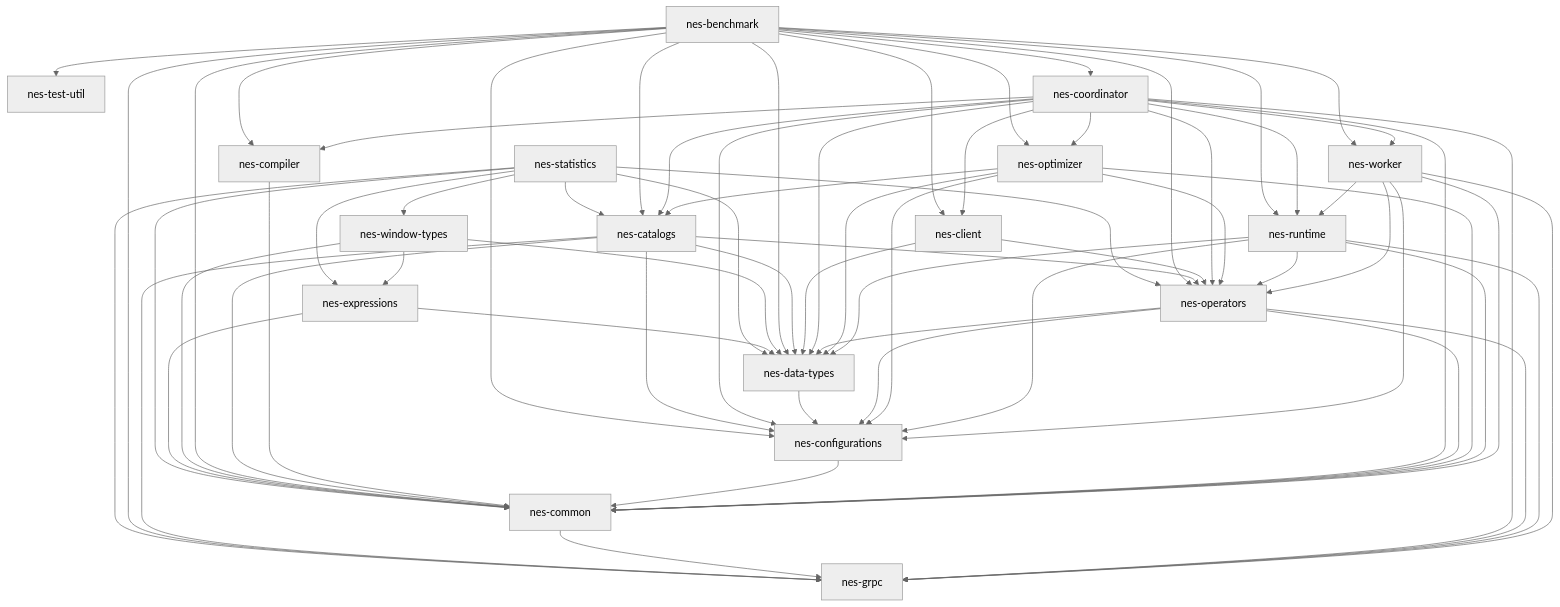
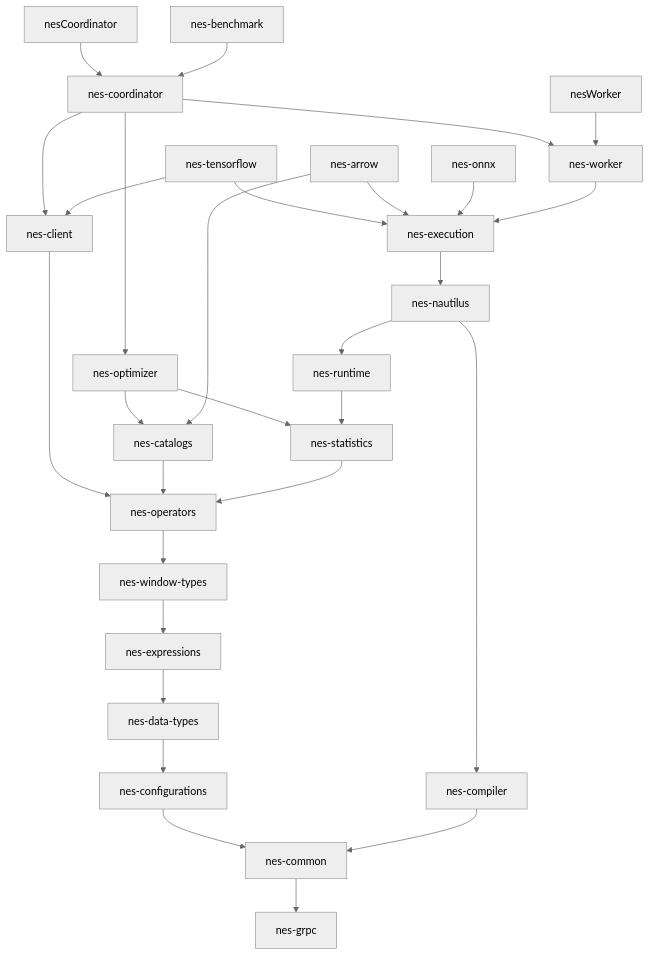
The diagram in README.md (nebulastream/nebulastream), drawn with Mermaid (neutral theme) before and after one commit. The commit also changed 61 other files, not shown here.

````diff
--- a/README.md
+++ b/README.md
@@ -45,69 +45,31 @@
 ```mermaid
 graph TD;
-nes-statistics-->nes-common
-nes-statistics-->nes-grpc
-nes-statistics-->nes-data-types
-nes-statistics-->nes-expressions
-nes-statistics-->nes-window-types
-nes-statistics-->nes-catalogs
+nes-common-->nes-grpc
+nes-configurations-->nes-common
+nes-data-types-->nes-configurations
+nes-expressions-->nes-data-types
+nes-window-types-->nes-expressions
+nes-operators-->nes-window-types
+nes-client-->nes-operators
+nes-catalogs-->nes-operators
 nes-statistics-->nes-operators
-nes-expressions-->nes-common
-nes-expressions-->nes-data-types
-nes-window-types-->nes-common
-nes-window-types-->nes-data-types
-nes-window-types-->nes-expressions
-nes-benchmark-->nes-common
-nes-benchmark-->nes-data-types
-nes-benchmark-->nes-operators
-nes-benchmark-->nes-grpc
-nes-benchmark-->nes-catalogs
-nes-benchmark-->nes-optimizer
-nes-benchmark-->nes-compiler
-nes-benchmark-->nes-runtime
-nes-benchmark-->nes-test-util
-nes-benchmark-->nes-client
+nes-optimizer-->nes-statistics
+nes-optimizer-->nes-catalogs
+nes-runtime-->nes-statistics
+nes-coordinator-->nes-optimizer 
+nes-coordinator-->nes-worker 
+nes-coordinator-->nes-client
+nes-execution-->nes-nautilus
+nes-nautilus-->nes-compiler
+nes-nautilus-->nes-runtime
+nes-compiler-->nes-common
+nesCoordinator-->nes-coordinator
+nesWorker-->nes-worker
+nes-tensorflow-->nes-execution
+nes-tensorflow-->nes-client
+nes-arrow-->nes-catalogs
+nes-arrow-->nes-execution 
+nes-onnx-->nes-execution
 nes-benchmark-->nes-coordinator
-nes-benchmark-->nes-worker
-nes-benchmark-->nes-configurations
-nes-catalogs-->nes-common
-nes-catalogs-->nes-grpc
-nes-catalogs-->nes-data-types
-nes-catalogs-->nes-operators
-nes-catalogs-->nes-configurations
-nes-client-->nes-data-types
-nes-client-->nes-operators
-nes-common-->nes-grpc
-nes-compiler-->nes-common
-nes-configurations-->nes-common
-nes-coordinator-->nes-common
-nes-coordinator-->nes-grpc
-nes-coordinator-->nes-operators
-nes-coordinator-->nes-compiler
-nes-coordinator-->nes-catalogs
-nes-coordinator-->nes-runtime
-nes-coordinator-->nes-optimizer
-nes-coordinator-->nes-worker
-nes-coordinator-->nes-client
-nes-coordinator-->nes-data-types
-nes-coordinator-->nes-configurations
-nes-data-types-->nes-configurations
-nes-operators-->nes-common
-nes-operators-->nes-configurations
-nes-operators-->nes-data-types
-nes-operators-->nes-grpc
-nes-optimizer-->nes-common
-nes-optimizer-->nes-data-types
-nes-optimizer-->nes-configurations
-nes-optimizer-->nes-operators
-nes-optimizer-->nes-catalogs
-nes-runtime-->nes-common
-nes-runtime-->nes-grpc
-nes-runtime-->nes-data-types
-nes-runtime-->nes-operators
-nes-runtime-->nes-configurations
-nes-worker-->nes-common
-nes-worker-->nes-runtime
-nes-worker-->nes-grpc
-nes-worker-->nes-configurations
-nes-worker-->nes-operators
+nes-worker-->nes-execution
 ```
````
